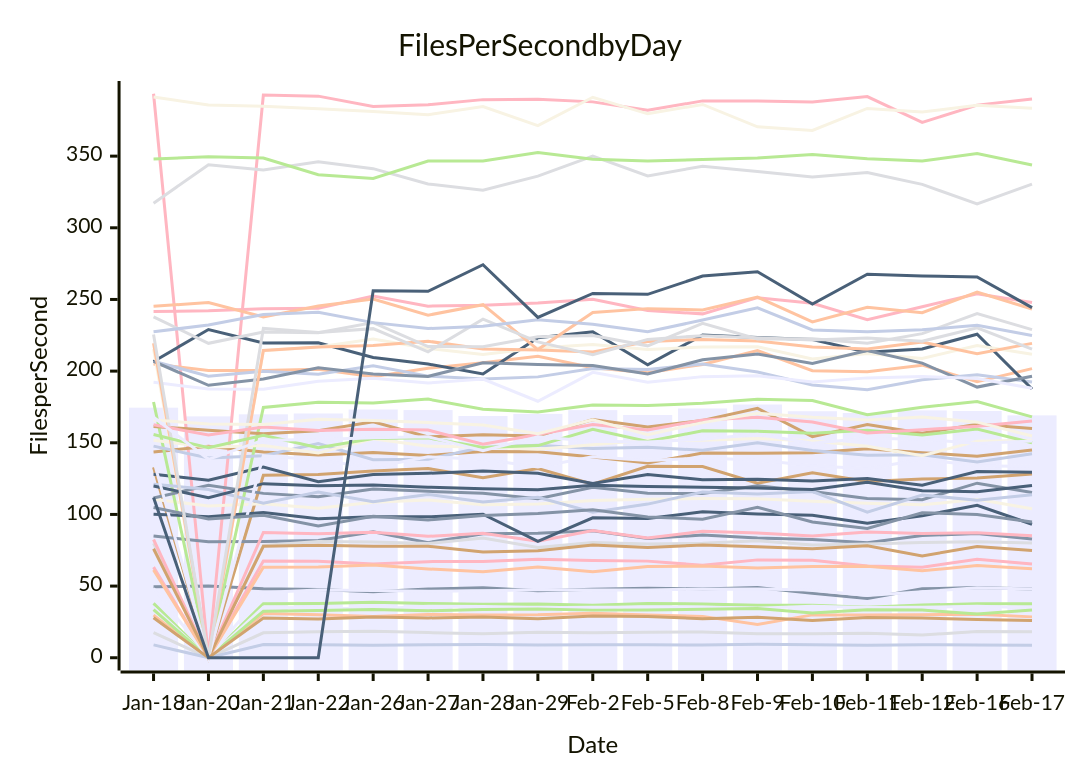
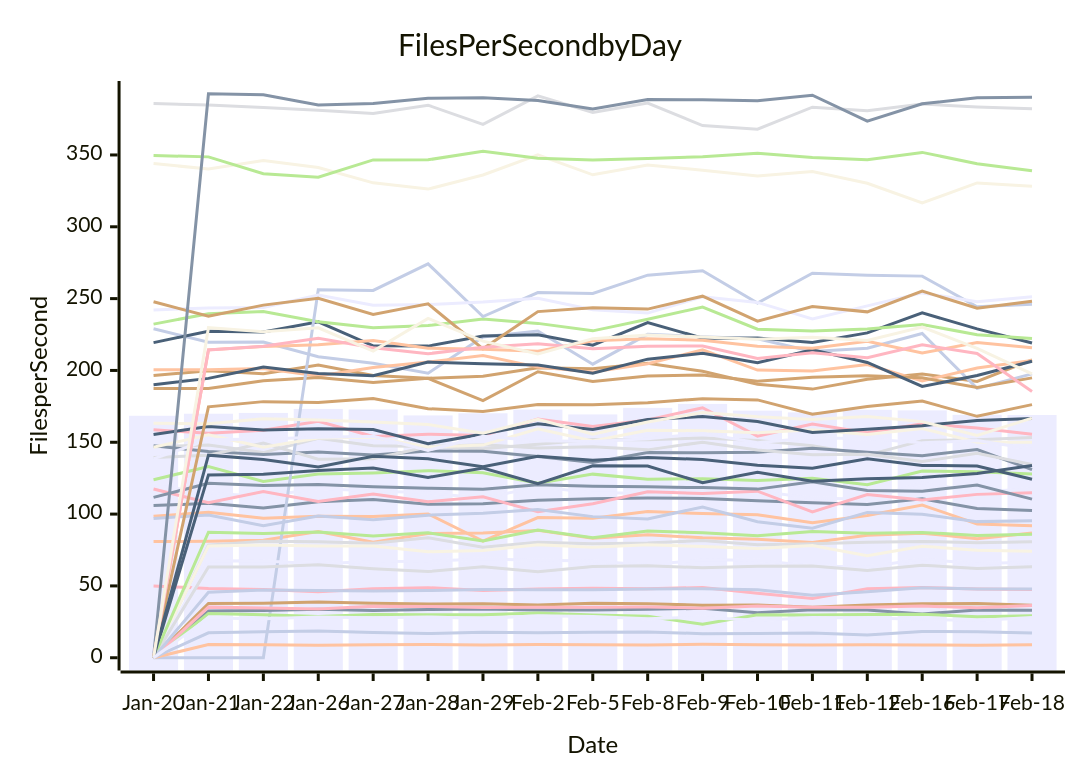
Before and after one commit to streetsidesoftware/cspell: the diagram in perf-report.md, drawn with Mermaid. The commit also changed other lines of this file and 1 other file, not shown here.

````diff
--- a/perf-report.md
+++ b/perf-report.md
@@ -10,57 +10,57 @@
 ```mermaid
 xychart-beta
     title Files Per Second by Day
     y-axis Files per Second
-    x-axis Date [Jan-18, Jan-20, Jan-21, Jan-22, Jan-26, Jan-27, Jan-28, Jan-29, Feb-2, Feb-5, Feb-8, Feb-9, Feb-10, Feb-11, Feb-12, Feb-16, Feb-17]
-    bar [174.50, 168.43, 169.86, 170.44, 173.21, 172.82, 168.69, 170.17, 172.76, 169.39, 173.94, 176.68, 172.01, 170.80, 172.59, 172.20, 169.11]
-    line [49.61, 49.98, 48.14, 47.57, 46.02, 47.96, 48.80, 46.78, 47.79, 48.42, 47.97, 48.95, 44.92, 41.33, 48.11, 48.93, 47.91]
-    line [29.74, 0.00, 30.87, 30.00, 28.70, 30.12, 29.90, 29.99, 31.08, 29.80, 28.87, 23.26, 29.91, 29.82, 30.05, 30.35, 28.52]
-    line [17.55, 0.00, 17.39, 18.17, 18.55, 17.57, 16.82, 17.76, 17.39, 17.79, 18.01, 16.74, 16.81, 17.17, 15.81, 18.35, 18.08]
-    line [37.95, 0.00, 37.76, 37.89, 38.81, 37.93, 37.35, 37.58, 36.65, 37.87, 37.52, 36.62, 36.71, 35.21, 36.78, 37.62, 37.74]
-    line [132.93, 0.00, 127.27, 127.81, 130.32, 132.03, 125.54, 132.09, 121.09, 133.64, 133.48, 121.84, 129.06, 122.93, 124.68, 125.50, 128.25]
-    line [8.99, 0.00, 9.21, 8.99, 8.69, 9.06, 9.17, 8.90, 9.14, 9.10, 8.87, 9.39, 9.10, 8.79, 9.11, 8.93, 8.64]
-    line [393.53, 0.00, 392.61, 391.87, 384.72, 385.87, 389.43, 389.76, 387.86, 381.95, 388.55, 388.50, 387.75, 391.57, 373.53, 385.59, 389.88]
-    line [128.09, 123.93, 133.11, 122.76, 127.88, 128.69, 130.23, 128.77, 121.54, 127.82, 124.27, 124.62, 123.31, 125.03, 120.42, 129.98, 129.47]
-    line [110.59, 105.90, 107.50, 104.30, 108.52, 110.13, 106.78, 107.20, 109.65, 110.63, 111.16, 110.94, 109.21, 107.83, 106.68, 110.60, 103.95]
-    line [35.07, 0.00, 35.24, 34.68, 33.94, 35.92, 35.70, 34.97, 35.24, 35.24, 35.29, 34.51, 36.01, 35.10, 35.21, 35.98, 34.82]
-    line [84.98, 80.87, 81.08, 81.74, 87.91, 80.34, 86.50, 86.84, 88.66, 83.22, 85.59, 83.52, 82.54, 80.25, 85.24, 86.74, 82.84]
-    line [204.97, 200.41, 200.50, 201.35, 196.11, 202.03, 205.84, 210.33, 202.30, 198.84, 204.68, 214.35, 200.27, 199.54, 204.14, 192.69, 201.75]
-    line [79.79, 0.00, 78.41, 81.03, 80.80, 79.69, 83.58, 77.01, 80.34, 79.32, 79.86, 81.63, 78.70, 79.41, 80.42, 80.99, 80.08]
-    line [33.62, 0.00, 32.53, 32.97, 33.70, 32.82, 33.62, 33.93, 33.23, 33.25, 33.77, 34.38, 31.28, 33.43, 33.24, 30.53, 33.31]
-    line [143.49, 147.59, 143.59, 141.42, 143.21, 141.20, 143.98, 143.78, 140.14, 135.87, 142.86, 142.75, 143.10, 145.82, 143.11, 140.65, 144.98]
-    line [206.92, 196.43, 199.84, 197.78, 203.69, 196.52, 194.52, 195.98, 201.87, 201.12, 204.97, 199.43, 190.33, 187.01, 193.91, 197.53, 192.34]
-    line [63.23, 0.00, 67.48, 67.27, 65.41, 67.07, 67.22, 68.71, 67.83, 67.42, 64.50, 68.29, 67.95, 63.94, 63.10, 68.79, 65.40]
-    line [206.70, 229.01, 219.68, 219.77, 209.49, 204.94, 198.04, 223.32, 227.45, 204.37, 225.14, 223.42, 222.08, 213.20, 215.50, 225.73, 187.50]
-    line [215.48, 0.00, 214.23, 216.83, 222.41, 215.81, 211.64, 216.10, 218.52, 215.06, 216.88, 216.99, 208.40, 212.31, 208.84, 217.81, 211.80]
-    line [48.44, 0.00, 45.59, 47.24, 46.87, 46.43, 46.80, 47.45, 47.29, 47.35, 47.86, 48.05, 47.30, 43.46, 46.02, 48.76, 47.89]
-    line [206.76, 190.09, 194.48, 202.39, 197.93, 196.32, 205.82, 204.70, 203.85, 198.04, 207.86, 211.91, 205.36, 214.41, 205.57, 188.86, 196.47]
-    line [61.26, 0.00, 63.19, 63.24, 64.72, 62.00, 60.00, 63.28, 59.94, 63.60, 64.06, 62.64, 63.65, 63.88, 60.68, 64.42, 62.12]
-    line [317.17, 344.00, 340.27, 346.07, 341.26, 330.59, 326.24, 336.05, 350.02, 336.18, 342.95, 339.36, 335.43, 338.51, 330.30, 316.59, 330.53]
-    line [178.49, 0.00, 174.64, 178.29, 177.69, 180.46, 173.36, 171.47, 176.27, 176.08, 177.50, 180.37, 179.50, 169.53, 174.82, 178.71, 168.06]
-    line [161.40, 158.69, 156.26, 158.43, 164.60, 154.09, 155.59, 154.71, 166.16, 160.94, 165.57, 174.04, 154.30, 162.65, 156.66, 162.87, 159.96]
-    line [147.65, 139.36, 140.95, 149.41, 138.21, 138.55, 146.90, 148.25, 146.04, 146.87, 144.71, 150.09, 144.64, 141.32, 141.68, 136.63, 142.32]
-    line [82.51, 0.00, 87.43, 86.48, 87.49, 84.71, 86.94, 81.29, 88.85, 83.51, 88.25, 87.06, 84.92, 87.81, 86.69, 87.24, 85.15]
-    line [100.17, 98.43, 101.26, 97.05, 98.45, 98.30, 100.11, 81.16, 97.62, 97.16, 101.86, 100.35, 99.46, 93.91, 99.01, 106.34, 93.17]
-    line [151.83, 146.83, 148.17, 142.81, 152.72, 147.54, 147.09, 145.41, 148.70, 151.93, 151.71, 152.93, 151.27, 147.55, 140.92, 151.13, 151.76]
-    line [192.25, 187.45, 187.38, 192.87, 195.04, 191.69, 194.48, 178.97, 199.11, 192.32, 196.15, 196.80, 192.49, 195.28, 196.29, 194.83, 188.10]
-    line [111.41, 120.28, 114.69, 112.28, 117.78, 116.14, 114.78, 110.96, 118.96, 114.84, 114.56, 119.99, 116.03, 111.12, 110.27, 121.81, 115.35]
-    line [219.52, 0.00, 214.36, 216.75, 217.84, 220.87, 215.44, 214.77, 213.40, 220.70, 222.08, 221.01, 216.87, 215.38, 220.23, 212.12, 219.37]
-    line [237.86, 219.38, 227.33, 226.70, 233.87, 217.12, 216.93, 224.01, 224.86, 217.64, 233.33, 222.49, 222.54, 219.50, 226.16, 240.10, 228.96]
-    line [347.95, 349.61, 348.67, 336.98, 334.45, 346.57, 346.60, 352.58, 347.78, 346.57, 347.57, 348.75, 351.19, 348.15, 346.62, 351.78, 343.88]
-    line [76.03, 0.00, 77.82, 78.41, 77.74, 77.78, 73.82, 74.60, 78.73, 76.88, 78.62, 77.47, 76.02, 78.07, 71.09, 77.64, 74.87]
-    line [121.13, 117.45, 107.89, 115.63, 108.80, 113.98, 108.63, 112.03, 101.57, 107.21, 115.59, 114.29, 115.98, 101.55, 113.56, 109.85, 113.73]
-    line [241.64, 242.10, 243.52, 243.78, 252.46, 245.33, 245.88, 247.56, 250.17, 242.23, 239.94, 251.24, 247.36, 235.88, 244.92, 253.98, 247.84]
-    line [119.83, 111.61, 121.49, 119.94, 120.57, 119.01, 117.99, 117.30, 120.43, 119.43, 118.96, 118.43, 117.39, 122.51, 116.51, 115.88, 120.25]
-    line [391.19, 385.76, 384.74, 382.99, 381.11, 378.87, 384.64, 371.32, 391.09, 379.53, 386.07, 370.43, 367.95, 383.26, 380.80, 385.48, 383.39]
-    line [137.86, 0.00, 141.02, 138.02, 132.73, 140.24, 138.48, 133.03, 140.20, 137.55, 139.32, 138.06, 134.03, 131.86, 138.50, 133.91, 133.44]
-    line [104.84, 96.90, 99.42, 91.88, 98.65, 96.11, 99.25, 100.66, 103.18, 98.24, 96.65, 104.96, 94.67, 90.15, 101.17, 99.92, 94.76]
-    line [245.25, 247.79, 237.71, 245.48, 250.24, 239.03, 246.34, 215.04, 240.95, 243.60, 242.70, 251.69, 234.31, 244.51, 240.78, 255.22, 243.34]
-    line [225.57, 0.00, 229.76, 226.99, 229.64, 213.50, 236.23, 220.41, 211.45, 222.13, 224.72, 223.26, 221.76, 223.13, 220.88, 230.21, 215.32]
-    line [155.73, 146.52, 155.23, 146.60, 152.95, 153.44, 146.68, 148.04, 159.34, 150.93, 158.41, 157.97, 156.56, 158.71, 155.41, 159.62, 150.02]
-    line [27.92, 0.00, 27.74, 27.10, 28.41, 27.77, 28.43, 27.26, 29.20, 28.78, 27.22, 28.25, 25.94, 28.04, 27.66, 26.73, 25.95]
-    line [227.41, 232.25, 239.53, 241.09, 233.83, 229.73, 231.27, 235.75, 232.76, 227.56, 235.60, 244.14, 228.71, 227.46, 228.82, 232.02, 224.80]
-    line [162.52, 155.39, 161.05, 158.62, 159.47, 158.84, 149.03, 155.81, 162.82, 158.93, 165.88, 167.89, 164.45, 156.78, 159.08, 161.56, 165.23]
-    line [111.74, 0.00, 0.00, 0.00, 256.11, 255.68, 274.20, 237.51, 254.20, 253.57, 266.34, 269.39, 246.86, 267.66, 266.35, 265.66, 244.28]
-    line [165.83, 163.17, 162.82, 166.39, 165.48, 164.06, 162.34, 156.27, 166.07, 155.61, 164.06, 170.66, 167.78, 165.93, 167.97, 164.38, 154.74]
-    line [167.84, 138.47, 151.83, 152.31, 153.48, 154.19, 144.39, 154.19, 151.10, 150.58, 152.48, 156.02, 149.70, 153.17, 152.51, 149.58, 151.17]
+    x-axis Date [Jan-20, Jan-21, Jan-22, Jan-26, Jan-27, Jan-28, Jan-29, Feb-2, Feb-5, Feb-8, Feb-9, Feb-10, Feb-11, Feb-12, Feb-16, Feb-17, Feb-18]
+    bar [168.43, 169.86, 170.44, 173.21, 172.82, 168.69, 170.17, 172.76, 169.39, 173.94, 176.68, 172.01, 170.80, 172.59, 172.20, 169.11, 168.97]
+    line [105.90, 107.50, 104.30, 108.52, 110.13, 106.78, 107.20, 109.65, 110.63, 111.16, 110.94, 109.21, 107.83, 106.68, 110.60, 103.95, 102.58]
+    line [80.87, 81.08, 81.74, 87.91, 80.34, 86.50, 86.84, 88.66, 83.22, 85.59, 83.52, 82.54, 80.25, 85.24, 86.74, 82.84, 86.83]
+    line [146.83, 148.17, 142.81, 152.72, 147.54, 147.09, 145.41, 148.70, 151.93, 151.71, 152.93, 151.27, 147.55, 140.92, 151.13, 151.76, 153.31]
+    line [123.93, 133.11, 122.76, 127.88, 128.69, 130.23, 128.77, 121.54, 127.82, 124.27, 124.62, 123.31, 125.03, 120.42, 129.98, 129.47, 127.87]
+    line [196.43, 199.84, 197.78, 203.69, 196.52, 194.52, 195.98, 201.87, 201.12, 204.97, 199.43, 190.33, 187.01, 193.91, 197.53, 192.34, 207.35]
+    line [229.01, 219.68, 219.77, 209.49, 204.94, 198.04, 223.32, 227.45, 204.37, 225.14, 223.42, 222.08, 213.20, 215.50, 225.73, 187.50, 197.59]
+    line [158.69, 156.26, 158.43, 164.60, 154.09, 155.59, 154.71, 166.16, 160.94, 165.57, 174.04, 154.30, 162.65, 156.66, 162.87, 159.96, 155.64]
+    line [219.38, 227.33, 226.70, 233.87, 217.12, 216.93, 224.01, 224.86, 217.64, 233.33, 222.49, 222.54, 219.50, 226.16, 240.10, 228.96, 219.08]
+    line [344.00, 340.27, 346.07, 341.26, 330.59, 326.24, 336.05, 350.02, 336.18, 342.95, 339.36, 335.43, 338.51, 330.30, 316.59, 330.53, 328.24]
+    line [120.28, 114.69, 112.28, 117.78, 116.14, 114.78, 110.96, 118.96, 114.84, 114.56, 119.99, 116.03, 111.12, 110.27, 121.81, 115.35, 117.70]
+    line [147.59, 143.59, 141.42, 143.21, 141.20, 143.98, 143.78, 140.14, 135.87, 142.86, 142.75, 143.10, 145.82, 143.11, 140.65, 144.98, 130.98]
+    line [200.41, 200.50, 201.35, 196.11, 202.03, 205.84, 210.33, 202.30, 198.84, 204.68, 214.35, 200.27, 199.54, 204.14, 192.69, 201.75, 206.87]
+    line [139.36, 140.95, 149.41, 138.21, 138.55, 146.90, 148.25, 146.04, 146.87, 144.71, 150.09, 144.64, 141.32, 141.68, 136.63, 142.32, 134.55]
+    line [232.25, 239.53, 241.09, 233.83, 229.73, 231.27, 235.75, 232.76, 227.56, 235.60, 244.14, 228.71, 227.46, 228.82, 232.02, 224.80, 222.16]
+    line [187.45, 187.38, 192.87, 195.04, 191.69, 194.48, 178.97, 199.11, 192.32, 196.15, 196.80, 192.49, 195.28, 196.29, 194.83, 188.10, 194.84]
+    line [0.00, 0.00, 0.00, 256.11, 255.68, 274.20, 237.51, 254.20, 253.57, 266.34, 269.39, 246.86, 267.66, 266.35, 265.66, 244.28, 246.16]
+    line [117.45, 107.89, 115.63, 108.80, 113.98, 108.63, 112.03, 101.57, 107.21, 115.59, 114.29, 115.98, 101.55, 113.56, 109.85, 113.73, 114.86]
+    line [190.09, 194.48, 202.39, 197.93, 196.32, 205.82, 204.70, 203.85, 198.04, 207.86, 211.91, 205.36, 214.41, 205.57, 188.86, 196.47, 206.41]
+    line [146.52, 155.23, 146.60, 152.95, 153.44, 146.68, 148.04, 159.34, 150.93, 158.41, 157.97, 156.56, 158.71, 155.41, 159.62, 150.02, 150.05]
+    line [242.10, 243.52, 243.78, 252.46, 245.33, 245.88, 247.56, 250.17, 242.23, 239.94, 251.24, 247.36, 235.88, 244.92, 253.98, 247.84, 251.30]
+    line [111.61, 121.49, 119.94, 120.57, 119.01, 117.99, 117.30, 120.43, 119.43, 118.96, 118.43, 117.39, 122.51, 116.51, 115.88, 120.25, 110.42]
+    line [98.43, 101.26, 97.05, 98.45, 98.30, 100.11, 81.16, 97.62, 97.16, 101.86, 100.35, 99.46, 93.91, 99.01, 106.34, 93.17, 91.86]
+    line [385.76, 384.74, 382.99, 381.11, 378.87, 384.64, 371.32, 391.09, 379.53, 386.07, 370.43, 367.95, 383.26, 380.80, 385.48, 383.39, 382.12]
+    line [349.61, 348.67, 336.98, 334.45, 346.57, 346.60, 352.58, 347.78, 346.57, 347.57, 348.75, 351.19, 348.15, 346.62, 351.78, 343.88, 338.94]
+    line [247.79, 237.71, 245.48, 250.24, 239.03, 246.34, 215.04, 240.95, 243.60, 242.70, 251.69, 234.31, 244.51, 240.78, 255.22, 243.34, 248.23]
+    line [96.90, 99.42, 91.88, 98.65, 96.11, 99.25, 100.66, 103.18, 98.24, 96.65, 104.96, 94.67, 90.15, 101.17, 99.92, 94.76, 95.38]
+    line [49.98, 48.14, 47.57, 46.02, 47.96, 48.80, 46.78, 47.79, 48.42, 47.97, 48.95, 44.92, 41.33, 48.11, 48.93, 47.91, 47.47]
+    line [155.39, 161.05, 158.62, 159.47, 158.84, 149.03, 155.81, 162.82, 158.93, 165.88, 167.89, 164.45, 156.78, 159.08, 161.56, 165.23, 166.55]
+    line [163.17, 162.82, 166.39, 165.48, 164.06, 162.34, 156.27, 166.07, 155.61, 164.06, 170.66, 167.78, 165.93, 167.97, 164.38, 154.74, 166.79]
+    line [138.47, 151.83, 152.31, 153.48, 154.19, 144.39, 154.19, 151.10, 150.58, 152.48, 156.02, 149.70, 153.17, 152.51, 149.58, 151.17, 145.28]
+    line [0.00, 32.53, 32.97, 33.70, 32.82, 33.62, 33.93, 33.23, 33.25, 33.77, 34.38, 31.28, 33.43, 33.24, 30.53, 33.31, 33.04]
+    line [0.00, 9.21, 8.99, 8.69, 9.06, 9.17, 8.90, 9.14, 9.10, 8.87, 9.39, 9.10, 8.79, 9.11, 8.93, 8.64, 9.05]
+    line [0.00, 78.41, 81.03, 80.80, 79.69, 83.58, 77.01, 80.34, 79.32, 79.86, 81.63, 78.70, 79.41, 80.42, 80.99, 80.08, 80.78]
+    line [0.00, 30.87, 30.00, 28.70, 30.12, 29.90, 29.99, 31.08, 29.80, 28.87, 23.26, 29.91, 29.82, 30.05, 30.35, 28.52, 29.28]
+    line [0.00, 37.76, 37.89, 38.81, 37.93, 37.35, 37.58, 36.65, 37.87, 37.52, 36.62, 36.71, 35.21, 36.78, 37.62, 37.74, 36.57]
+    line [0.00, 17.39, 18.17, 18.55, 17.57, 16.82, 17.76, 17.39, 17.79, 18.01, 16.74, 16.81, 17.17, 15.81, 18.35, 18.08, 17.18]
+    line [0.00, 35.24, 34.68, 33.94, 35.92, 35.70, 34.97, 35.24, 35.24, 35.29, 34.51, 36.01, 35.10, 35.21, 35.98, 34.82, 36.43]
+    line [0.00, 127.27, 127.81, 130.32, 132.03, 125.54, 132.09, 121.09, 133.64, 133.48, 121.84, 129.06, 122.93, 124.68, 125.50, 128.25, 133.90]
+    line [0.00, 77.82, 78.41, 77.74, 77.78, 73.82, 74.60, 78.73, 76.88, 78.62, 77.47, 76.02, 78.07, 71.09, 77.64, 74.87, 74.07]
+    line [0.00, 67.48, 67.27, 65.41, 67.07, 67.22, 68.71, 67.83, 67.42, 64.50, 68.29, 67.95, 63.94, 63.10, 68.79, 65.40, 66.62]
+    line [0.00, 392.61, 391.87, 384.72, 385.87, 389.43, 389.76, 387.86, 381.95, 388.55, 388.50, 387.75, 391.57, 373.53, 385.59, 389.88, 390.09]
+    line [0.00, 214.36, 216.75, 217.84, 220.87, 215.44, 214.77, 213.40, 220.70, 222.08, 221.01, 216.87, 215.38, 220.23, 212.12, 219.37, 215.84]
+    line [0.00, 63.19, 63.24, 64.72, 62.00, 60.00, 63.28, 59.94, 63.60, 64.06, 62.64, 63.65, 63.88, 60.68, 64.42, 62.12, 63.28]
+    line [0.00, 87.43, 86.48, 87.49, 84.71, 86.94, 81.29, 88.85, 83.51, 88.25, 87.06, 84.92, 87.81, 86.69, 87.24, 85.15, 85.90]
+    line [0.00, 174.64, 178.29, 177.69, 180.46, 173.36, 171.47, 176.27, 176.08, 177.50, 180.37, 179.50, 169.53, 174.82, 178.71, 168.06, 176.19]
+    line [0.00, 45.59, 47.24, 46.87, 46.43, 46.80, 47.45, 47.29, 47.35, 47.86, 48.05, 47.30, 43.46, 46.02, 48.76, 47.89, 47.85]
+    line [0.00, 214.23, 216.83, 222.41, 215.81, 211.64, 216.10, 218.52, 215.06, 216.88, 216.99, 208.40, 212.31, 208.84, 217.81, 211.80, 185.28]
+    line [0.00, 141.02, 138.02, 132.73, 140.24, 138.48, 133.03, 140.20, 137.55, 139.32, 138.06, 134.03, 131.86, 138.50, 133.91, 133.44, 124.24]
+    line [0.00, 229.76, 226.99, 229.64, 213.50, 236.23, 220.41, 211.45, 222.13, 224.72, 223.26, 221.76, 223.13, 220.88, 230.21, 215.32, 197.56]
+    line [0.00, 27.74, 27.10, 28.41, 27.77, 28.43, 27.26, 29.20, 28.78, 27.22, 28.25, 25.94, 28.04, 27.66, 26.73, 25.95, 28.09]
 ```
````
